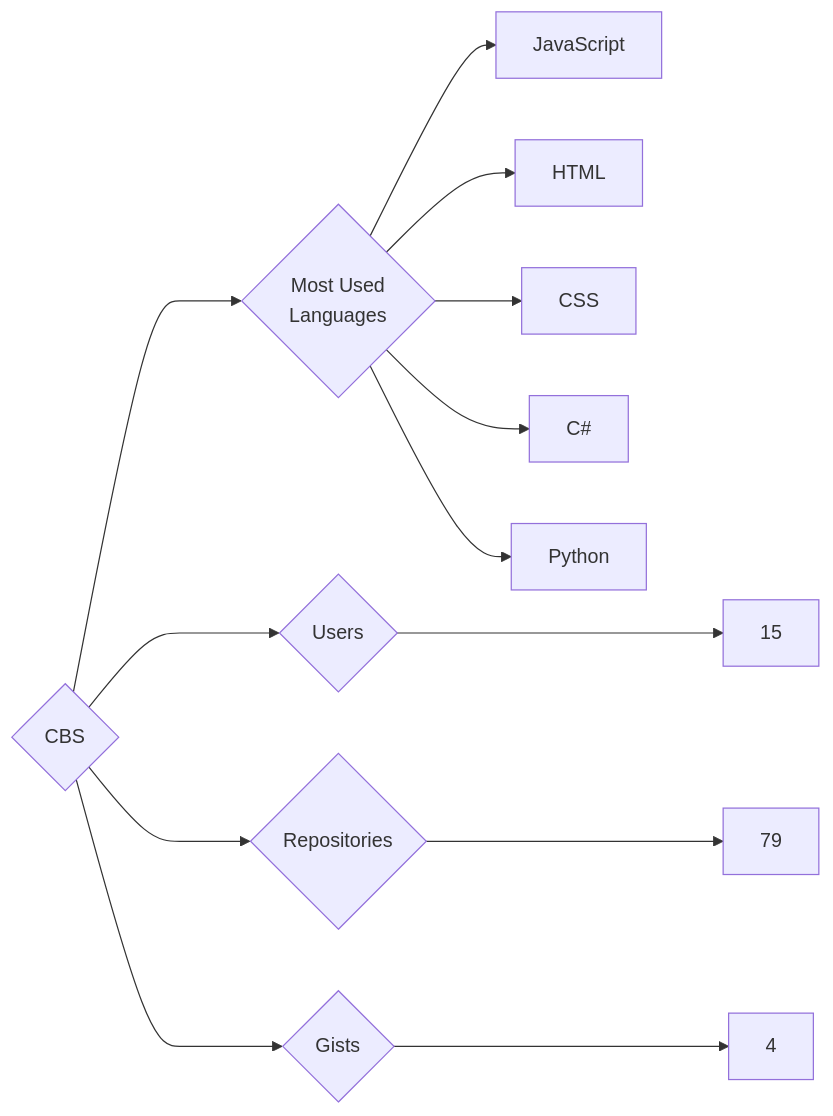
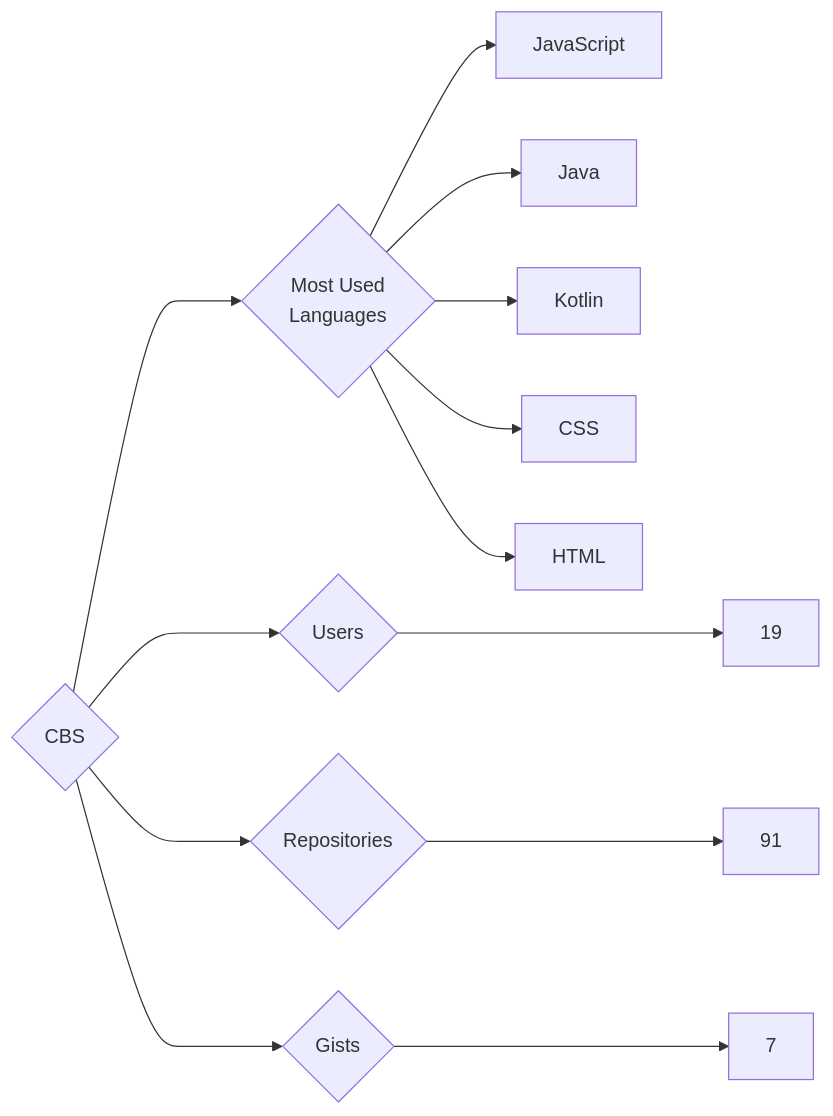
Before and after one commit to trickest/insiders: the diagram in targets/CBS/README.md, drawn with Mermaid. The commit also changed 1084 other files, not shown here.

````diff
--- a/targets/CBS/README.md
+++ b/targets/CBS/README.md
@@ -3,13 +3,13 @@
 ```mermaid
 graph LR
 COMPANY_NAME{CBS}
-COMPANY_NAME ---> U{Users} ---> UN[15]
-COMPANY_NAME ---> R{Repositories} ---> RN[79]
-COMPANY_NAME ---> G{Gists} ---> GN[4]
+COMPANY_NAME ---> U{Users} ---> UN[19]
+COMPANY_NAME ---> R{Repositories} ---> RN[91]
+COMPANY_NAME ---> G{Gists} ---> GN[7]
 COMPANY_NAME ---> ML{Most Used<br>Languages}
 ML --> JavaScript[JavaScript]
+ML --> Java[Java]
+ML --> Kotlin[Kotlin]
+ML --> CSS[CSS]
 ML --> HTML[HTML]
-ML --> CSS[CSS]
-ML --> C#[C#]
-ML --> Python[Python]
 ```
````
